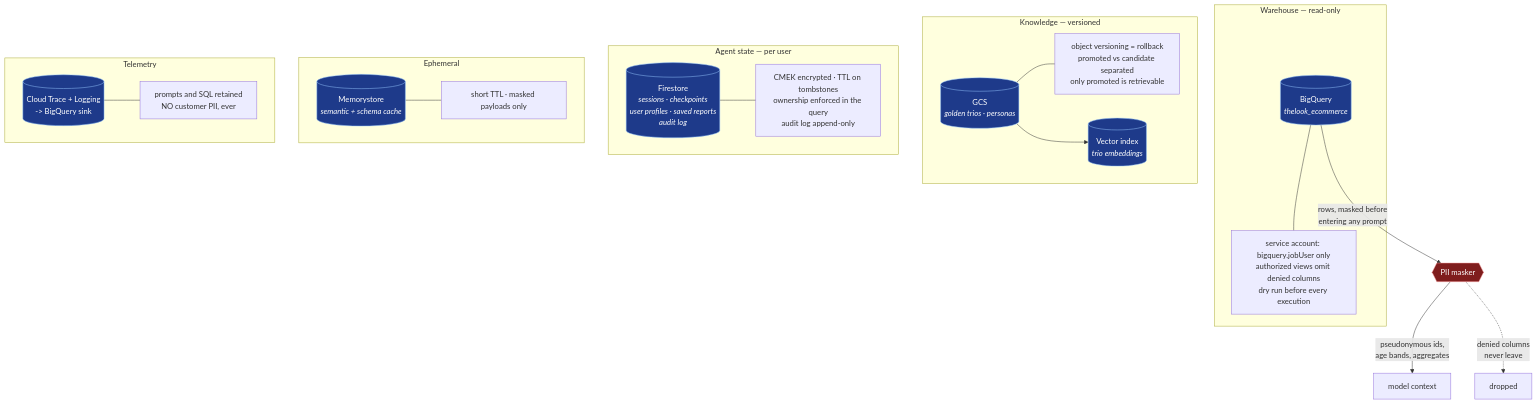
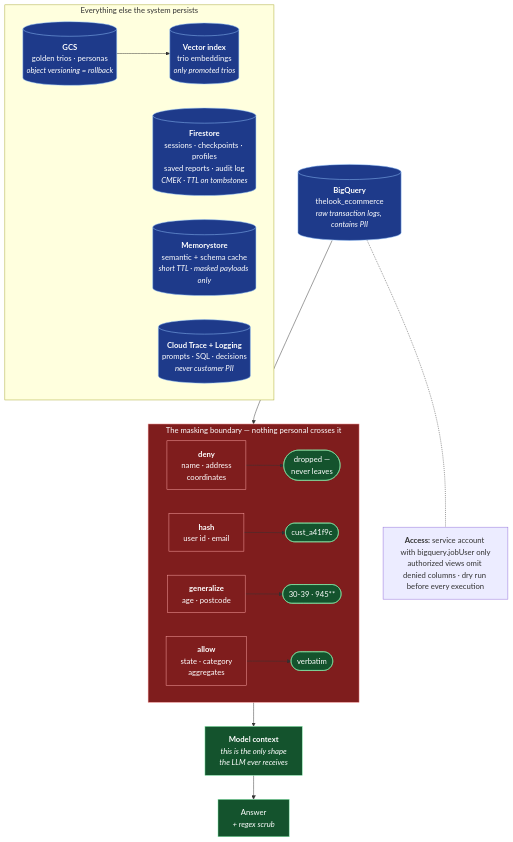
One commit to jeremenkoviccpa/Opsfleet changed the third of 6 diagrams in docs/ARCHITECTURE.md. Above: the diagram before and after it, drawn with Mermaid. The commit also changed other lines of this file and 9 other files, not shown here.

First line of the commit message:
Export rendered diagram images and fix two diagram defects

````diff
--- a/docs/ARCHITECTURE.md
+++ b/docs/ARCHITECTURE.md
@@ -151,43 +158,36 @@
 ```mermaid
-flowchart TB
-    subgraph warehouse["Warehouse — read-only"]
-        BQ[("BigQuery<br/><i>thelook_ecommerce</i>")]
-        BQN["service account: bigquery.jobUser only<br/>authorized views omit denied columns<br/>dry run before every execution"]
-        BQ --- BQN
+flowchart TD
+    BQ[("<b>BigQuery</b><br/>thelook_ecommerce<br/><i>raw transaction logs, contains PII</i>")]
+    BQ --> GATE
+
+    subgraph GATE["The masking boundary — nothing personal crosses it"]
+        direction LR
+        M1["<b>deny</b><br/>name · address<br/>coordinates"] --> D1(["dropped —<br/>never leaves"])
+        M2["<b>hash</b><br/>user id · email"] --> D2(["cust_a41f9c"])
+        M3["<b>generalize</b><br/>age · postcode"] --> D3(["30-39 · 945**"])
+        M4["<b>allow</b><br/>state · category<br/>aggregates"] --> D4(["verbatim"])
     end
 
-    subgraph knowledge["Knowledge — versioned"]
-        GCS[("GCS<br/><i>golden trios · personas</i>")]
-        VEC[("Vector index<br/><i>trio embeddings</i>")]
-        GCSN["object versioning = rollback<br/>promoted vs candidate separated<br/>only promoted is retrievable"]
-        GCS --- GCSN
+    GATE --> CTX["<b>Model context</b><br/><i>this is the only shape<br/>the LLM ever receives</i>"]
+    CTX --> ANS["Answer<br/><i>+ regex scrub</i>"]
+
+    BQACC["<b>Access:</b> service account with bigquery.jobUser only<br/>authorized views omit denied columns · dry run before every execution"]
+    BQ -.- BQACC
+
+    subgraph STORES["Everything else the system persists"]
+        direction LR
+        GCS[("<b>GCS</b><br/>golden trios · personas<br/><i>object versioning = rollback</i>")]
+        VEC[("<b>Vector index</b><br/>trio embeddings<br/><i>only promoted trios</i>")]
+        FS[("<b>Firestore</b><br/>sessions · checkpoints · profiles<br/>saved reports · audit log<br/><i>CMEK · TTL on tombstones</i>")]
+        RED[("<b>Memorystore</b><br/>semantic + schema cache<br/><i>short TTL · masked payloads only</i>")]
+        TR[("<b>Cloud Trace + Logging</b><br/>prompts · SQL · decisions<br/><i>never customer PII</i>")]
         GCS --> VEC
     end
 
-    subgraph state["Agent state — per user"]
-        FS[("Firestore<br/><i>sessions · checkpoints<br/>user profiles · saved reports<br/>audit log</i>")]
-        FSN["CMEK encrypted · TTL on tombstones<br/>ownership enforced in the query<br/>audit log append-only"]
-        FS --- FSN
-    end
-
-    subgraph ephemeral["Ephemeral"]
-        RED[("Memorystore<br/><i>semantic + schema cache</i>")]
-        REDN["short TTL · masked payloads only"]
-        RED --- REDN
-    end
-
-    subgraph telemetry["Telemetry"]
-        TR[("Cloud Trace + Logging<br/>-> BigQuery sink")]
-        TRN["prompts and SQL retained<br/>NO customer PII, ever"]
-        TR --- TRN
-    end
-
-    BQ -->|"rows, masked before<br/>entering any prompt"| MASK{{"PII masker"}}
-    MASK -->|"pseudonymous ids,<br/>age bands, aggregates"| CTX["model context"]
-    MASK -.->|"denied columns<br/>never leave"| X["dropped"]
-
     classDef store fill:#1e3a8a,stroke:#93c5fd,color:#fff
     classDef safety fill:#7f1d1d,stroke:#fca5a5,color:#fff
+    classDef out fill:#14532d,stroke:#86efac,color:#fff
     class BQ,GCS,VEC,FS,RED,TR store
-    class MASK safety
+    class GATE,M1,M2,M3,M4 safety
+    class D1,D2,D3,D4,CTX,ANS out
 ```
````
